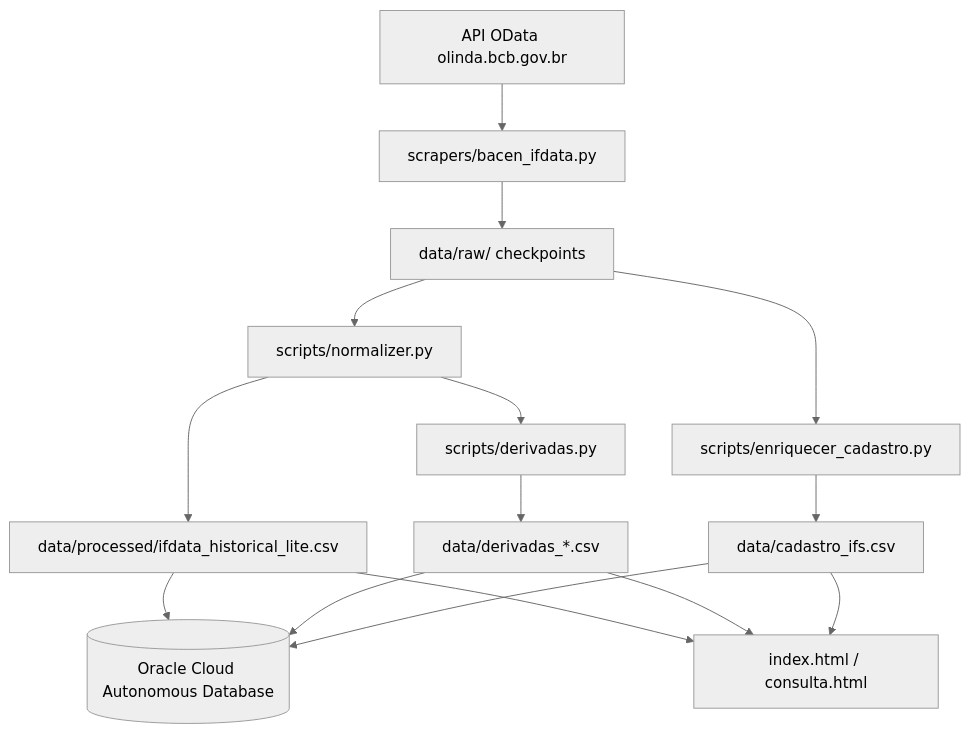
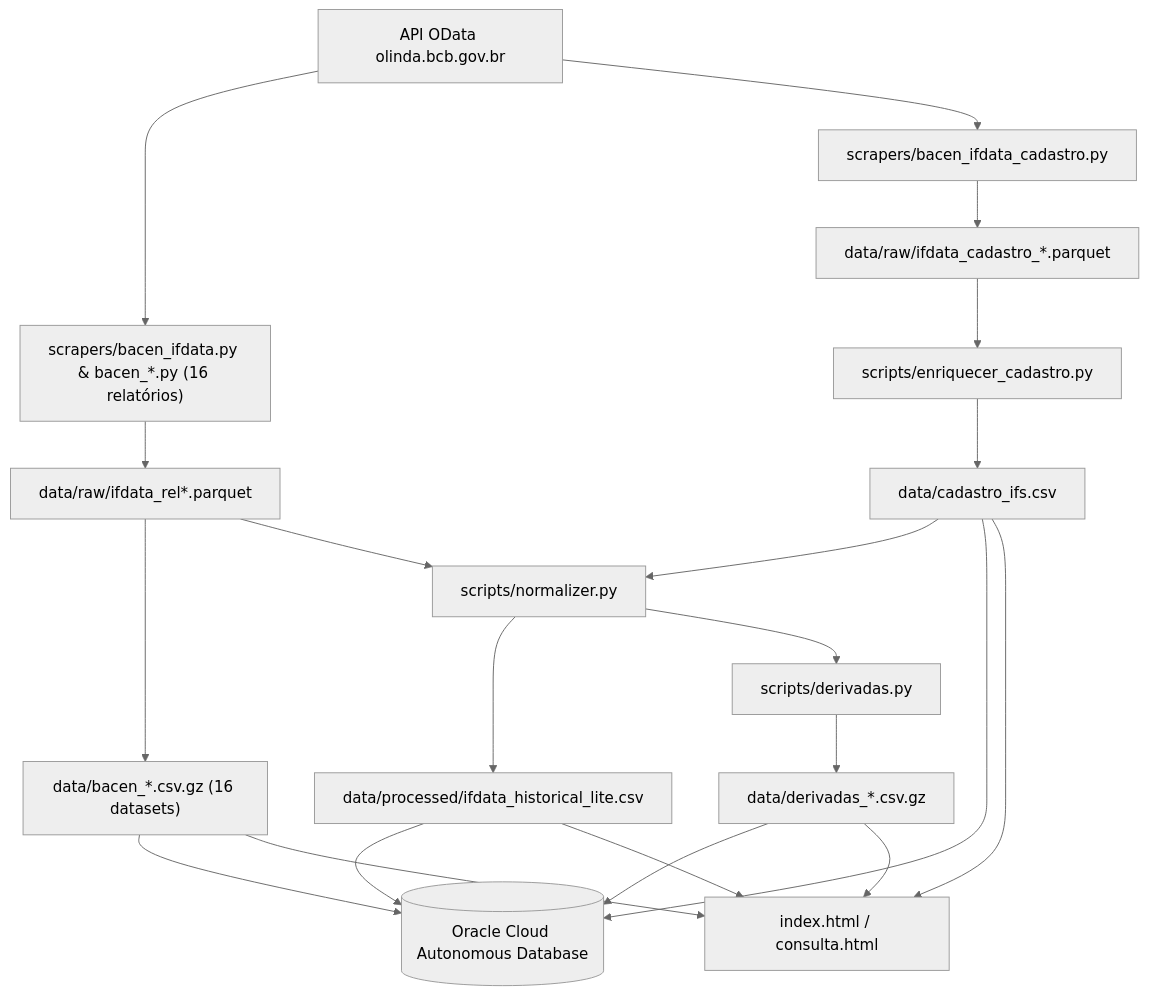
One commit to PulseDataLabs/PulseIFData changed the diagram in README.md. Above: the diagram before and after it, drawn with Mermaid (neutral theme). The commit also changed other lines of this file and 2 other files, not shown here.

Commit message:
docs(ui): atualiza README, index.html e consulta.html com os 16 relatorios IFData e cadastro historico

````diff
--- a/README.md
+++ b/README.md
@@ -69,21 +89,27 @@
 ```mermaid
 flowchart TD
-    A[API OData olinda.bcb.gov.br] --> B[scrapers/bacen_ifdata.py]
-    B --> C[data/raw/ checkpoints]
-    C --> D[scripts/normalizer.py]
-    C --> E[scripts/enriquecer_cadastro.py]
-    D --> F[data/processed/ifdata_historical_lite.csv]
-    D --> G[scripts/derivadas.py]
-    G --> H[data/derivadas_*.csv]
-    E --> I[data/cadastro_ifs.csv]
+    A["API OData olinda.bcb.gov.br"] --> B["scrapers/bacen_ifdata.py & bacen_*.py (16 relatórios)"]
+    A --> B2["scrapers/bacen_ifdata_cadastro.py"]
+    B --> C["data/raw/ifdata_rel*.parquet"]
+    B2 --> C2["data/raw/ifdata_cadastro_*.parquet"]
+    C --> R["data/bacen_*.csv.gz (16 datasets)"]
+    C --> D["scripts/normalizer.py"]
+    C2 --> E["scripts/enriquecer_cadastro.py"]
+    E --> I["data/cadastro_ifs.csv"]
+    I --> D
+    D --> F["data/processed/ifdata_historical_lite.csv"]
+    D --> G["scripts/derivadas.py"]
+    G --> H["data/derivadas_*.csv.gz"]
     
     %% Carga do Banco de Dados
-    F --> K[(Oracle Cloud Autonomous Database)]
+    R --> K[("Oracle Cloud Autonomous Database")]
+    F --> K
     H --> K
     I --> K
     
     %% Interface Web
-    F --> J[index.html / consulta.html]
+    R --> J["index.html / consulta.html"]
+    F --> J
     H --> J
     I --> J
 ```
````
